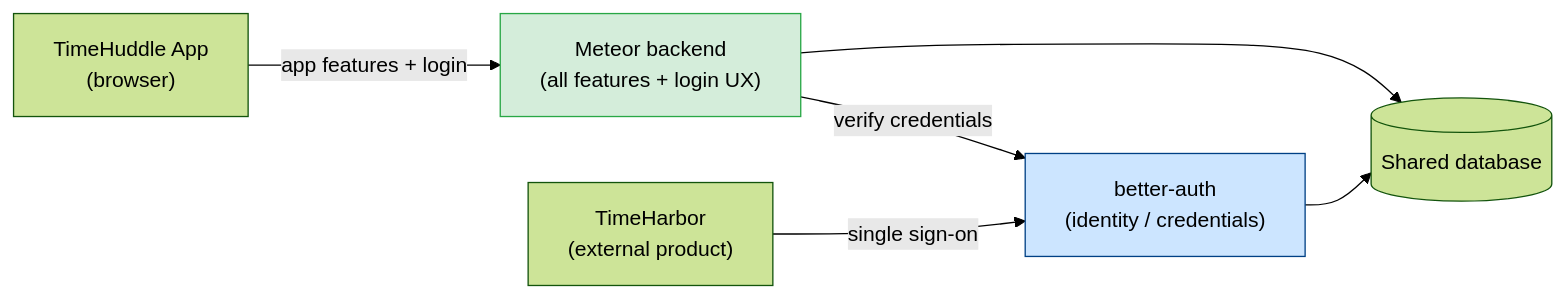
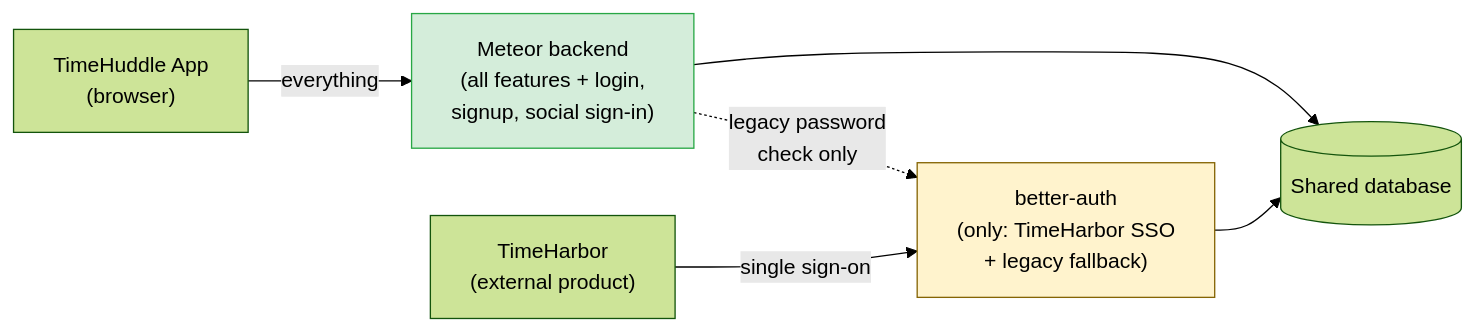
Before and after one commit to mieweb/timehuddle: the diagram in docs/meteor-audit.md, drawn with Mermaid (forest theme). The commit also changed other lines of this file and 1 other file, not shown here.

Commit message:
docs: meteor transition plan and audit updated to reflect how auth is actually handled in code.

````diff
--- a/docs/meteor-audit.md
+++ b/docs/meteor-audit.md
@@ -61,19 +76,19 @@
 ```mermaid
 graph LR
     Browser["TimeHuddle App<br/>(browser)"]
-    Meteor["Meteor backend<br/>(all features + login UX)"]
-    BetterAuth["better-auth<br/>(identity / credentials)"]
+    Meteor["Meteor backend<br/>(all features + login,<br/>signup, social sign-in)"]
+    BetterAuth["better-auth<br/>(only: TimeHarbor SSO<br/>+ legacy fallback)"]
     DB[("Shared database")]
     External["TimeHarbor<br/>(external product)"]
 
-    Browser -->|"app features + login"| Meteor
-    Meteor -->|"verify credentials"| BetterAuth
+    Browser -->|"everything"| Meteor
+    Meteor -.->|"legacy password<br/>check only"| BetterAuth
     Meteor --> DB
     BetterAuth --> DB
     External -->|"single sign-on"| BetterAuth
 
     classDef done fill:#d4edda,stroke:#28a745,color:#000
-    classDef keep fill:#cce5ff,stroke:#004085,color:#000
+    classDef decide fill:#fff3cd,stroke:#856404,color:#000
     class Meteor done
-    class BetterAuth keep
+    class BetterAuth decide
 ```
````
